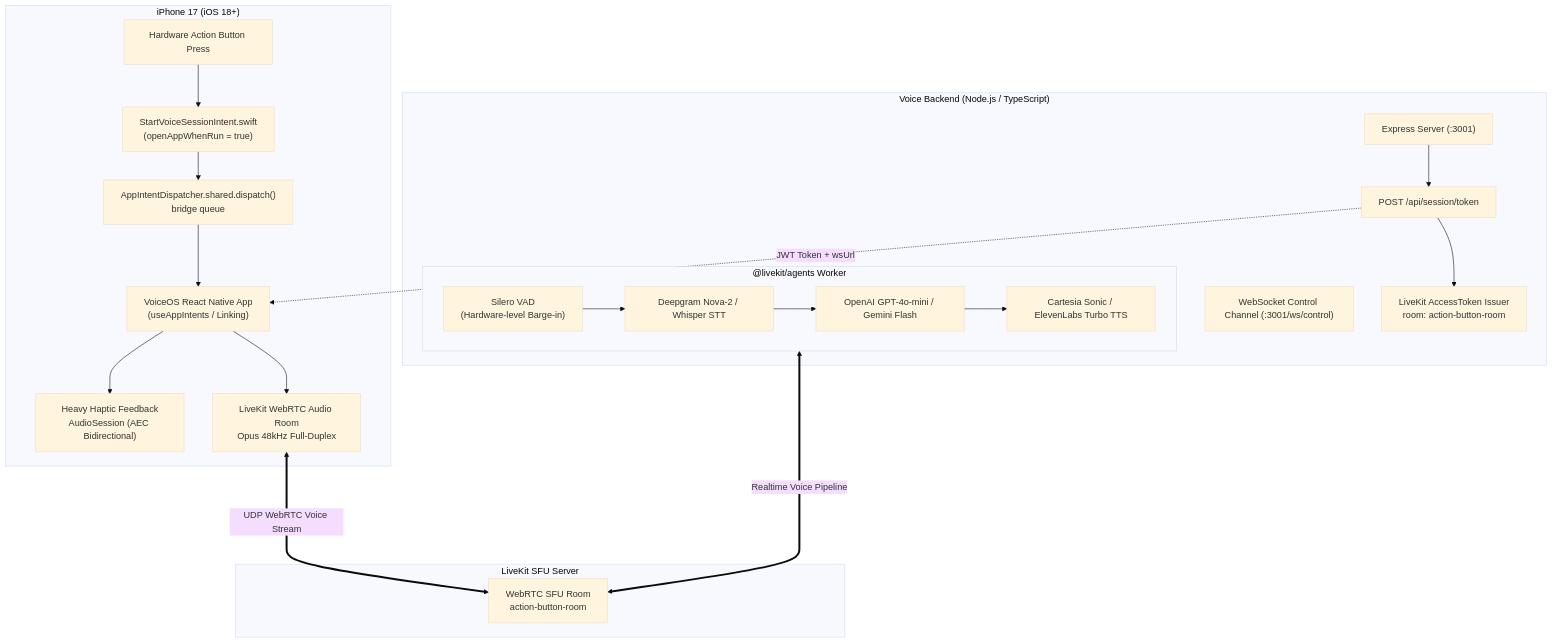
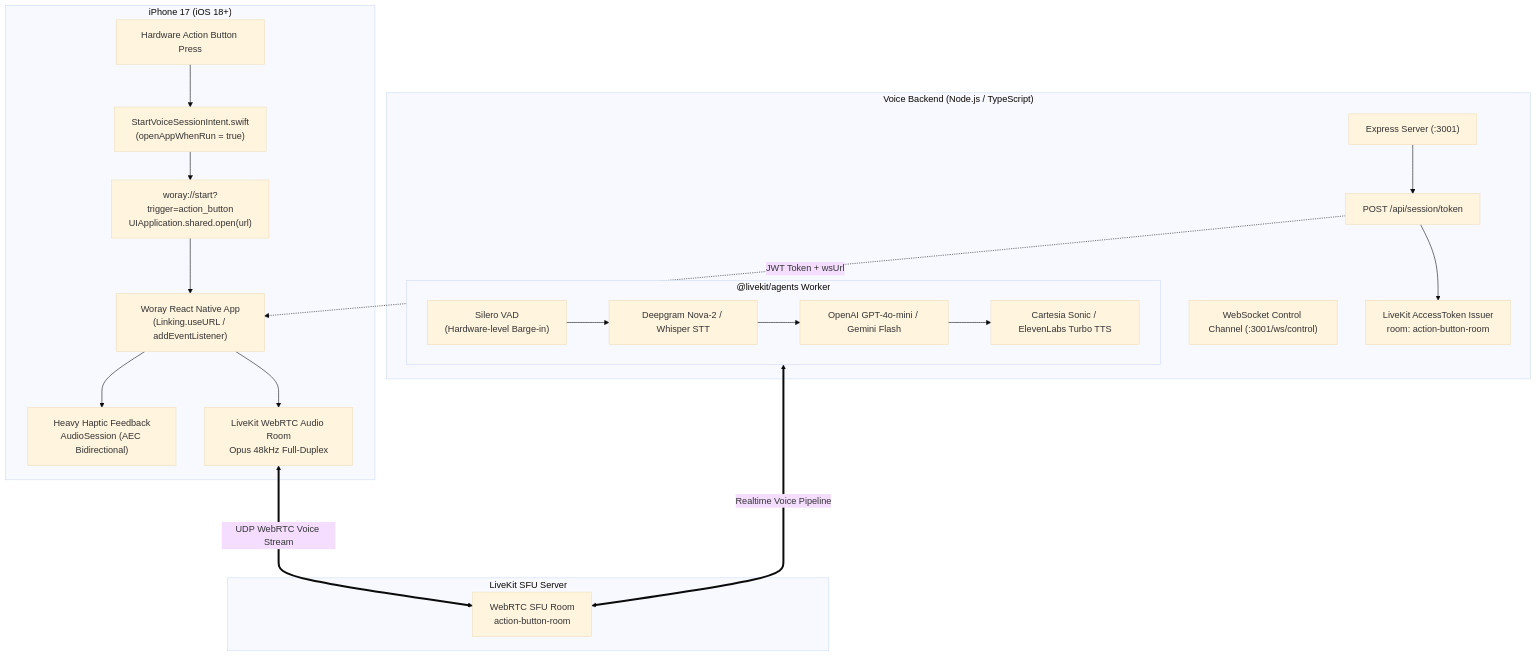
The diagram in README.md (sarem-h/woray), drawn with Mermaid (base theme) before and after one commit. The commit also changed other lines of this file and 10 other files, not shown here.

Commit message:
feat: rebrand native shell, app intents, and client UI from VoiceOS to Woray

````diff
--- a/README.md
+++ b/README.md
@@ -11,32 +11,32 @@
 ```mermaid
 flowchart TD
     subgraph iOS_Device["iPhone 17 (iOS 18+)"]
         AB["Hardware Action Button Press"] --> SI["StartVoiceSessionIntent.swift<br/>(openAppWhenRun = true)"]
-        SI --> AID["AppIntentDispatcher.shared.dispatch()<br/>bridge queue"]
-        AID --> RNApp["VoiceOS React Native App<br/>(useAppIntents / Linking)"]
+        SI --> DL["woray://start?trigger=action_button<br/>UIApplication.shared.open(url)"]
+        DL --> RNApp["Woray React Native App<br/>(Linking.useURL / addEventListener)"]
         RNApp --> Haptics["Heavy Haptic Feedback<br/>AudioSession (AEC Bidirectional)"]
         RNApp --> LKR["LiveKit WebRTC Audio Room<br/>Opus 48kHz Full-Duplex"]
     end
 
     subgraph Voice_Backend["Voice Backend (Node.js / TypeScript)"]
         EX["Express Server (:3001)"] --> TokenAPI["POST /api/session/token"]
         WS["WebSocket Control Channel (:3001/ws/control)"]
         TokenAPI --> LKAuth["LiveKit AccessToken Issuer<br/>room: action-button-room"]
         
         subgraph Agent_Worker["@livekit/agents Worker"]
             VAD["Silero VAD<br/>(Hardware-level Barge-in)"]
             STT["Deepgram Nova-2 / Whisper STT"]
             LLM["OpenAI GPT-4o-mini / Gemini Flash"]
             TTS["Cartesia Sonic / ElevenLabs Turbo TTS"]
             VAD --> STT --> LLM --> TTS
         end
     end
 
     subgraph LiveKit_Cloud["LiveKit SFU Server"]
         SFU["WebRTC SFU Room<br/>action-button-room"]
     end
 
     TokenAPI -.->|JWT Token + wsUrl| RNApp
     LKR <===>|UDP WebRTC Voice Stream| SFU
     Agent_Worker <===>|Realtime Voice Pipeline| SFU
 ```
````
